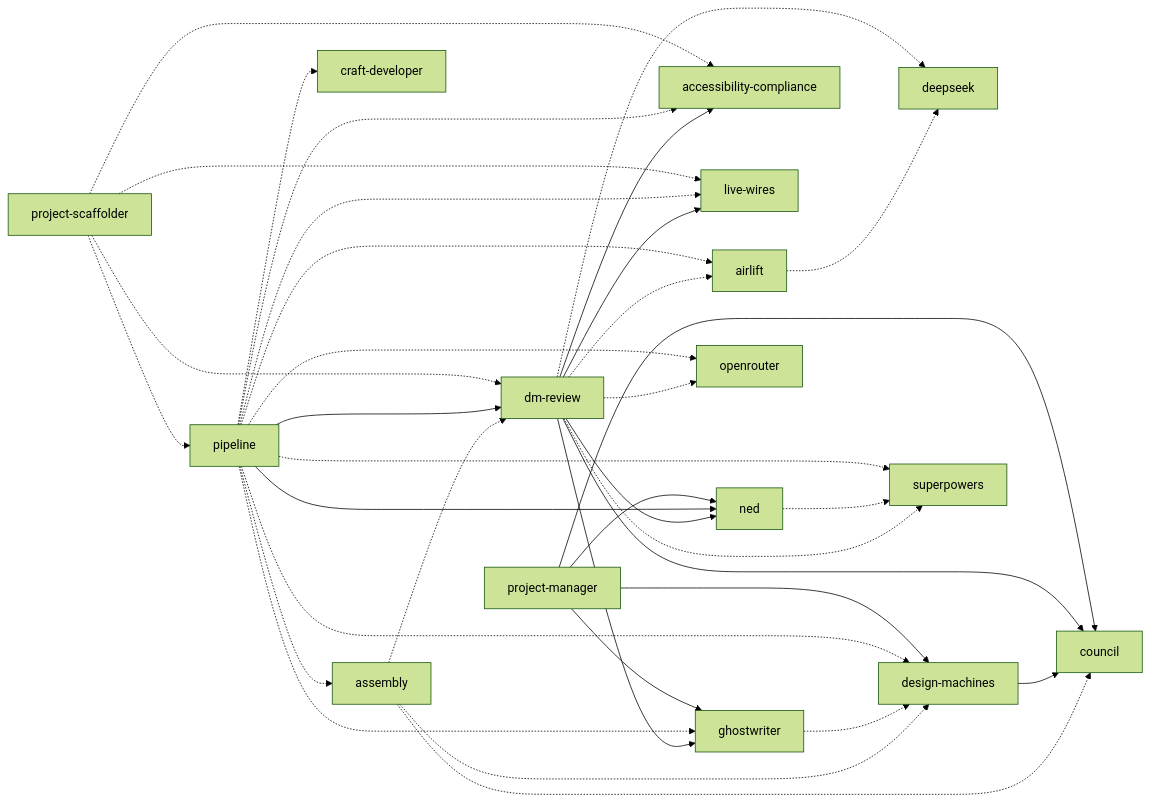
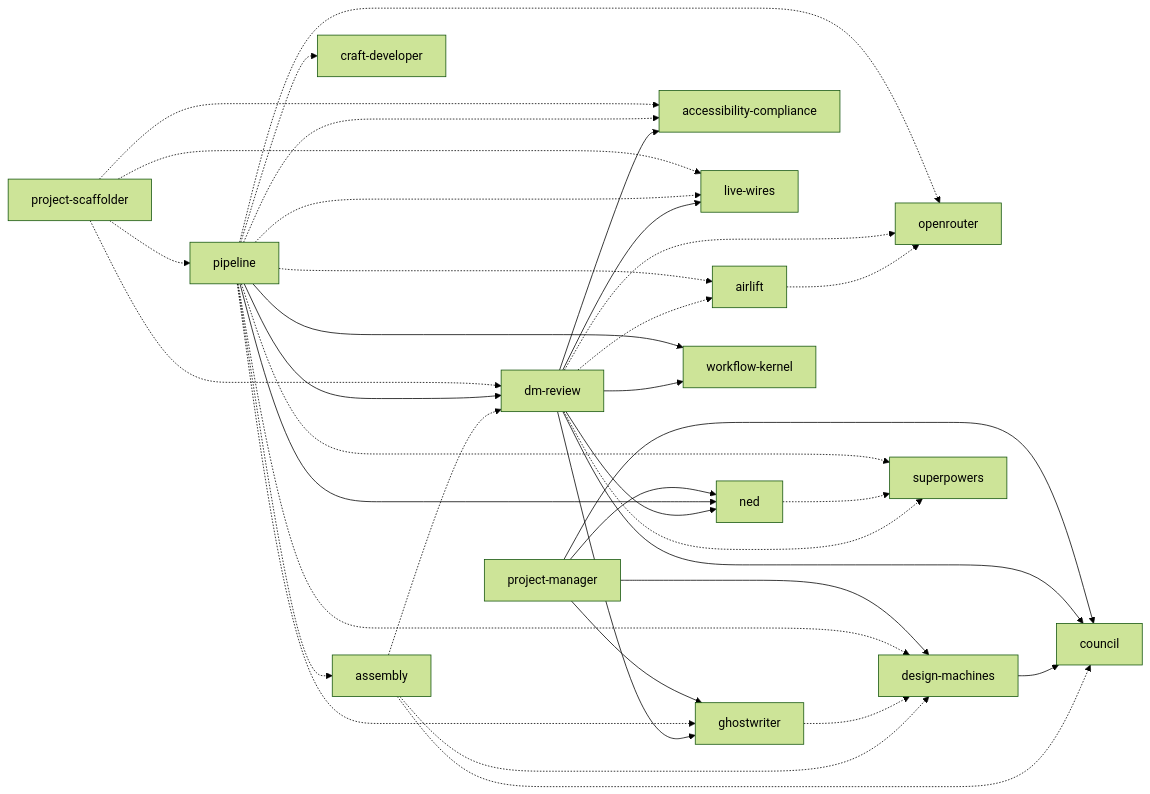
The diagram in docs/dependency-graph.md (Design-Machines-Studio/depot), drawn with Mermaid (forest theme) before and after one commit. The commit also changed 93 other files, not shown here.

````diff
--- a/docs/dependency-graph.md
+++ b/docs/dependency-graph.md
@@ -5,38 +5,39 @@
 ```mermaid
 graph LR
-  airlift -.-> deepseek
+  airlift -.-> openrouter
   assembly -.-> council
   assembly -.-> design-machines
   assembly -.-> dm-review
   design-machines --> council
   dm-review --> accessibility-compliance
   dm-review --> live-wires
   dm-review --> ghostwriter
   dm-review --> council
   dm-review --> ned
-  dm-review -.-> deepseek
+  dm-review --> workflow-kernel
   dm-review -.-> superpowers
   dm-review -.-> airlift
   dm-review -.-> openrouter
   ghostwriter -.-> design-machines
   ned -.-> superpowers
   pipeline --> dm-review
   pipeline --> ned
+  pipeline --> workflow-kernel
   pipeline -.-> design-machines
   pipeline -.-> assembly
   pipeline -.-> live-wires
   pipeline -.-> craft-developer
   pipeline -.-> accessibility-compliance
   pipeline -.-> ghostwriter
   pipeline -.-> superpowers
   pipeline -.-> airlift
   pipeline -.-> openrouter
   project-manager --> ned
   project-manager --> design-machines
   project-manager --> ghostwriter
   project-manager --> council
   project-scaffolder -.-> live-wires
   project-scaffolder -.-> dm-review
   project-scaffolder -.-> pipeline
   project-scaffolder -.-> accessibility-compliance
 ```
````
